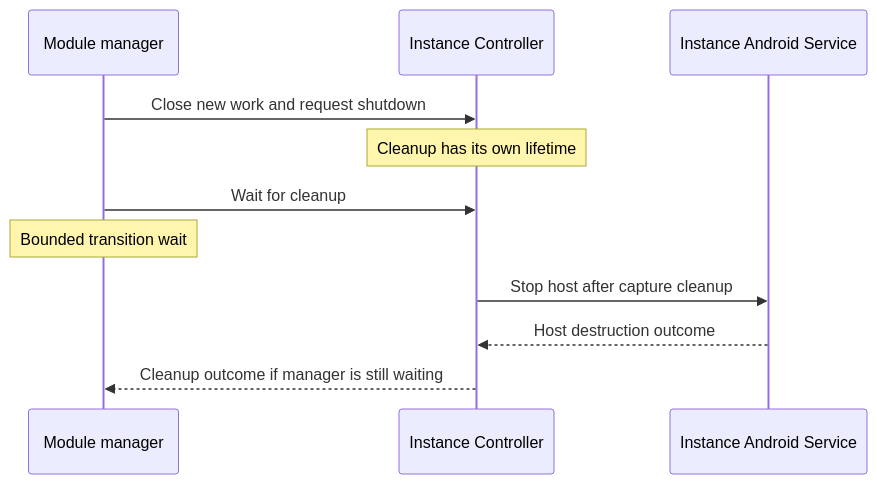
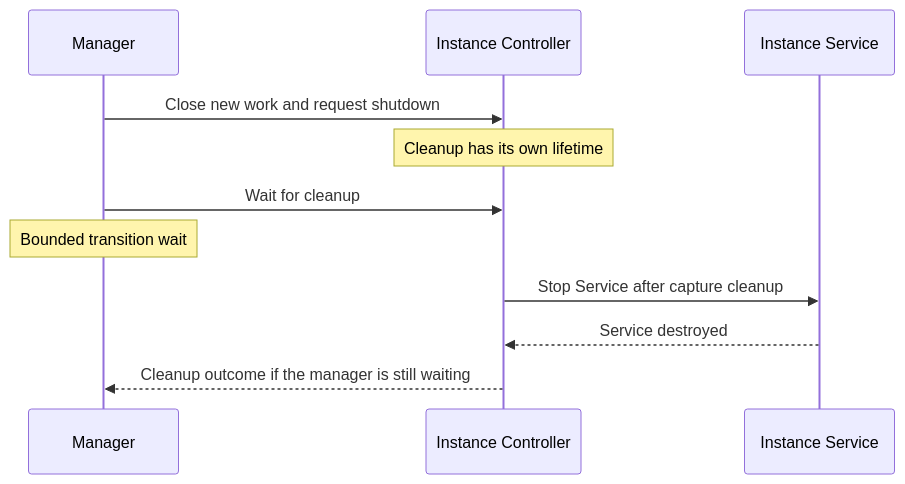
Before and after one commit to dkrivoruchko/ScreenStream: the second of 2 diagrams in streaming/core/docs/module-contract-and-manager.md, drawn with Mermaid. The commit also changed other lines of this file and 80 other files, not shown here.

````diff
--- a/streaming/core/docs/module-contract-and-manager.md
+++ b/streaming/core/docs/module-contract-and-manager.md
@@ -66,13 +57,13 @@
 ```mermaid
 sequenceDiagram
-    participant M as Module manager
+    participant M as Manager
     participant C as Instance Controller
-    participant S as Instance Android Service
+    participant S as Instance Service
     M->>C: Close new work and request shutdown
     Note over C: Cleanup has its own lifetime
     M->>C: Wait for cleanup
     Note over M: Bounded transition wait
-    C->>S: Stop host after capture cleanup
-    S-->>C: Host destruction outcome
-    C-->>M: Cleanup outcome if manager is still waiting
+    C->>S: Stop Service after capture cleanup
+    S-->>C: Service destroyed
+    C-->>M: Cleanup outcome if the manager is still waiting
 ```
````
